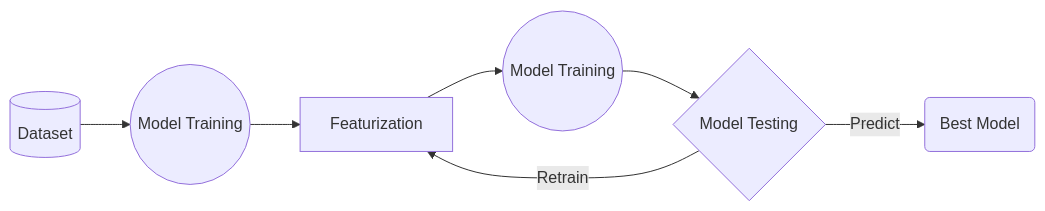
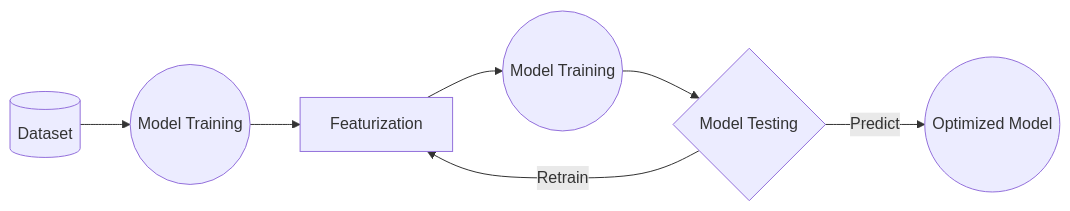
One commit to Suddhaswatta/learn-ml changed the diagram in README.md. Above: the diagram before and after it, drawn with Mermaid.

````diff
--- a/README.md
+++ b/README.md
@@ -15,11 +15,11 @@
 ```mermaid
 flowchart LR
     A[(Dataset)] --> B((Model Training))
     B --> C[Featurization]
     C --> D((Model Training))
     D --> E{Model Testing}
     E --> |Retrain| C
-    E --> |Predict| F(Best Model)
+    E --> |Predict| F((Optimized Model))
    
   
 ```
````
